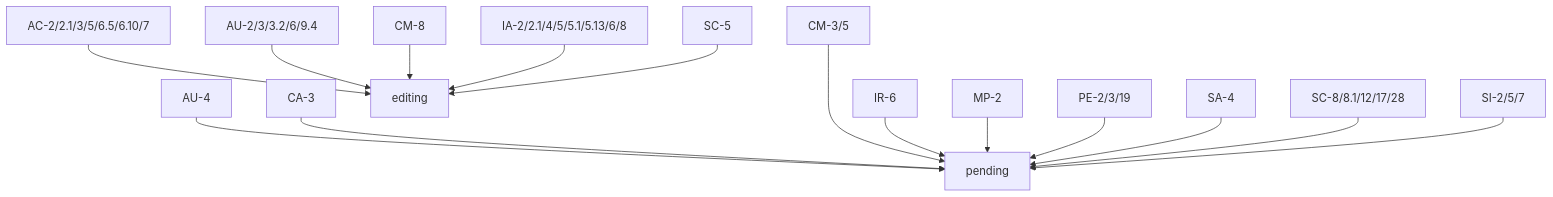
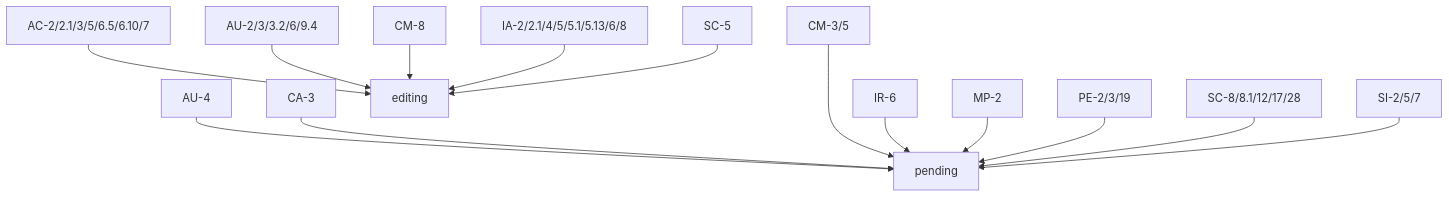
Before and after one commit to GoogleCloudPlatform/pbmm-on-gcp-onboarding: the second of 2 diagrams in docs/google-cloud-security-controls.md, drawn with Mermaid. The commit also changed other lines of this file, not shown here.

````diff
--- a/docs/google-cloud-security-controls.md
+++ b/docs/google-cloud-security-controls.md
@@ -73,28 +83,27 @@
 ```mermaid
 graph TD;
     AU-4-->pending;
     CA-3-->pending;
     CM-3/5--->pending;
     
     AC-2/2.1/3/5/6.5/6.10/7-->editing;
 
     AU-2/3/3.2/6/9.4-->editing;
 
     CM-8-->editing;
 
     IA-2/2.1/4/5/5.1/5.13/6/8-->editing;
     
     IR-6-->pending;
     MP-2-->pending;
     PE-2/3/19-->pending;
     
-    SA-4-->pending;
     SC-8/8.1/12/17/28-->pending;
     
     SC-5-->editing;
     
     SI-2/5/7-->pending;
     
     
 
 ```
````
